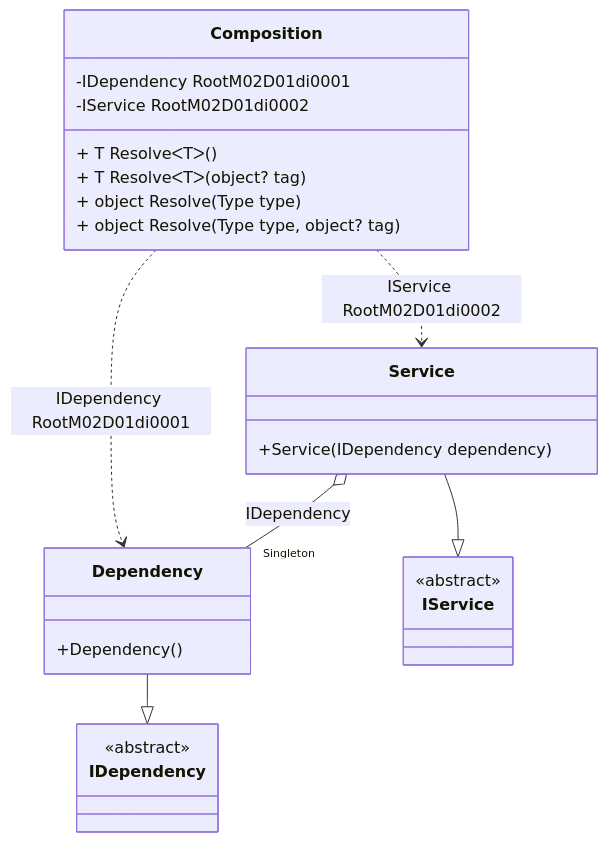
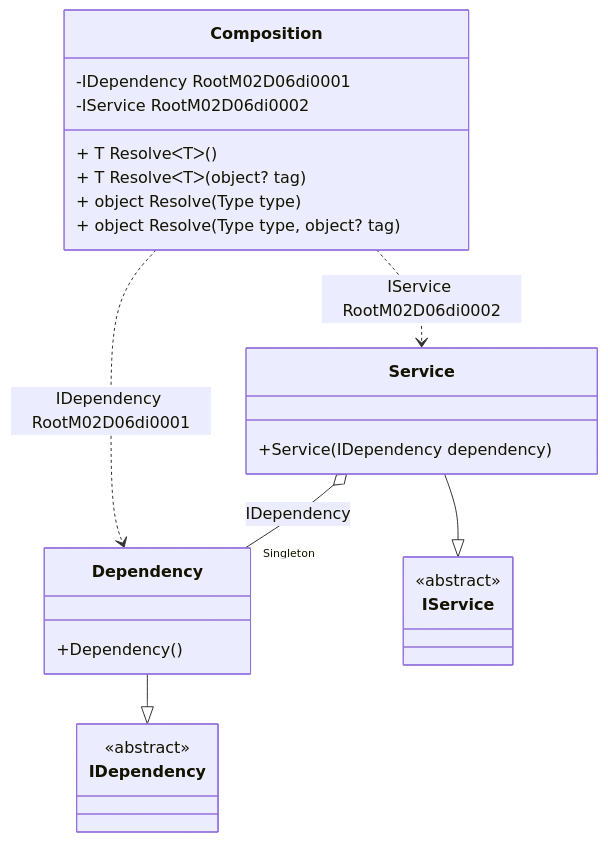
The diagram in readme/service-collection.md (DevTeam/Pure.DI), drawn with Mermaid before and after one commit. The commit also changed other lines of this file and 78 other files, not shown here.

````diff
--- a/readme/service-collection.md
+++ b/readme/service-collection.md
@@ -47,28 +47,28 @@
 ```mermaid
 classDiagram
   class Composition {
-    -IDependency RootM02D01di0001
-    -IService RootM02D01di0002
+    -IDependency RootM02D06di0001
+    -IService RootM02D06di0002
     + T ResolveᐸTᐳ()
     + T ResolveᐸTᐳ(object? tag)
     + object Resolve(Type type)
     + object Resolve(Type type, object? tag)
   }
   Dependency --|> IDependency : 
   class Dependency {
     +Dependency()
   }
   Service --|> IService : 
   class Service {
     +Service(IDependency dependency)
   }
   class IDependency {
     <<abstract>>
   }
   class IService {
     <<abstract>>
   }
   Service o--  "Singleton" Dependency : IDependency
-  Composition ..> Dependency : IDependency RootM02D01di0001
-  Composition ..> Service : IService RootM02D01di0002
+  Composition ..> Dependency : IDependency RootM02D06di0001
+  Composition ..> Service : IService RootM02D06di0002
 ```
````
